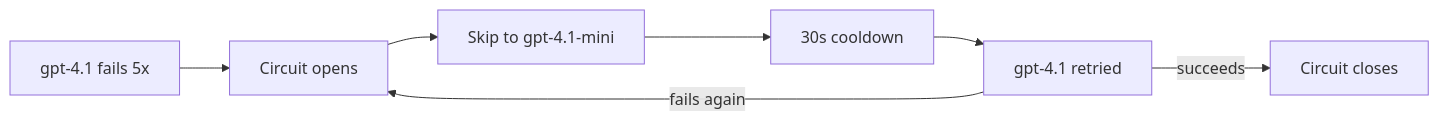
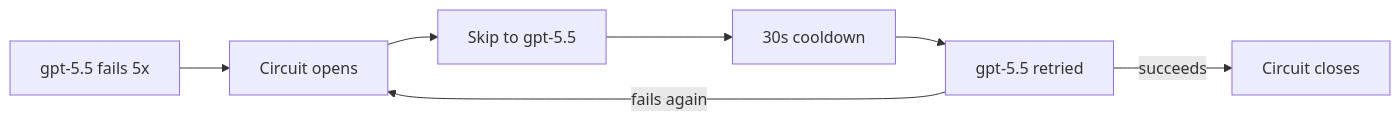
One commit to arpan404/afk changed the diagram in docs/library/snippets/13_multi_model_fallback.mdx. Above: the diagram before and after it, drawn with Mermaid. The commit also changed other lines of this file and 48 other files, not shown here.

````diff
--- a/docs/library/snippets/13_multi_model_fallback.mdx
+++ b/docs/library/snippets/13_multi_model_fallback.mdx
@@ -113,9 +113,9 @@
 ```mermaid
 flowchart LR
-    A["gpt-4.1 fails 5x"] --> B["Circuit opens"]
-    B --> C["Skip to gpt-4.1-mini"]
+    A["gpt-5.5 fails 5x"] --> B["Circuit opens"]
+    B --> C["Skip to gpt-5.5"]
     C --> D["30s cooldown"]
-    D --> E["gpt-4.1 retried"]
+    D --> E["gpt-5.5 retried"]
     E -->|"succeeds"| F["Circuit closes"]
     E -->|"fails again"| B
 ```
````
